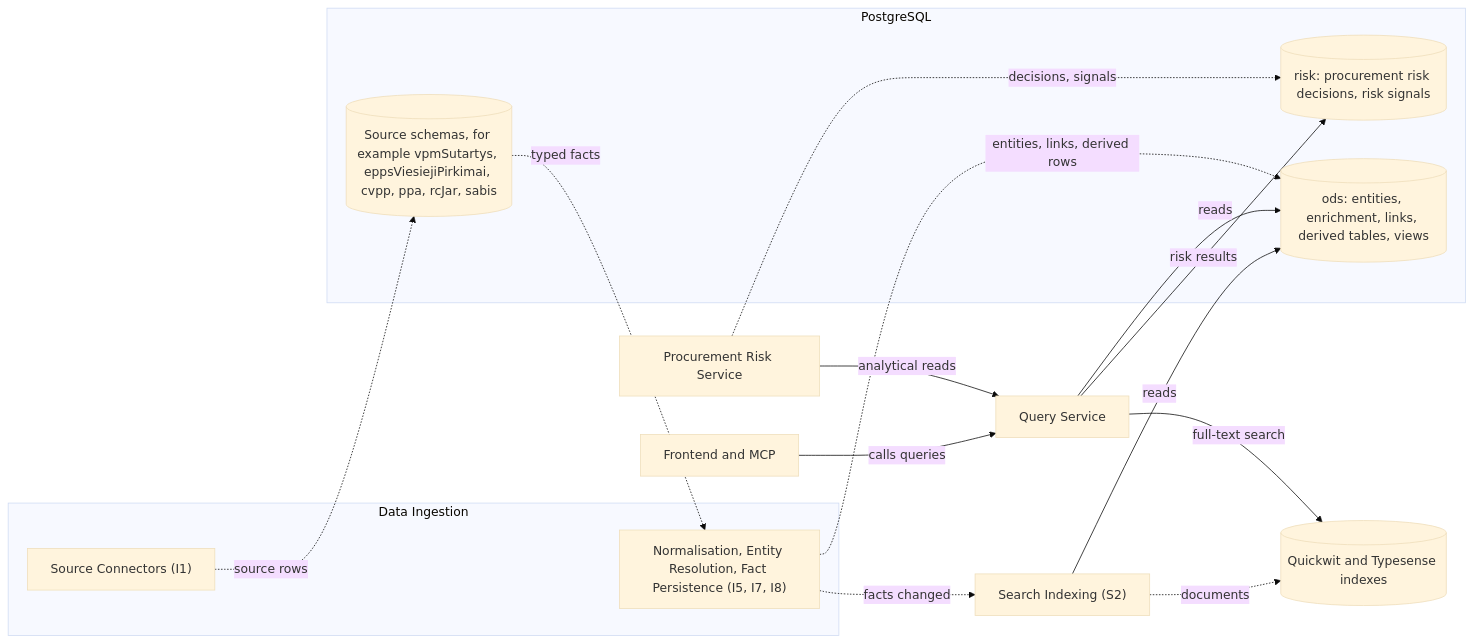
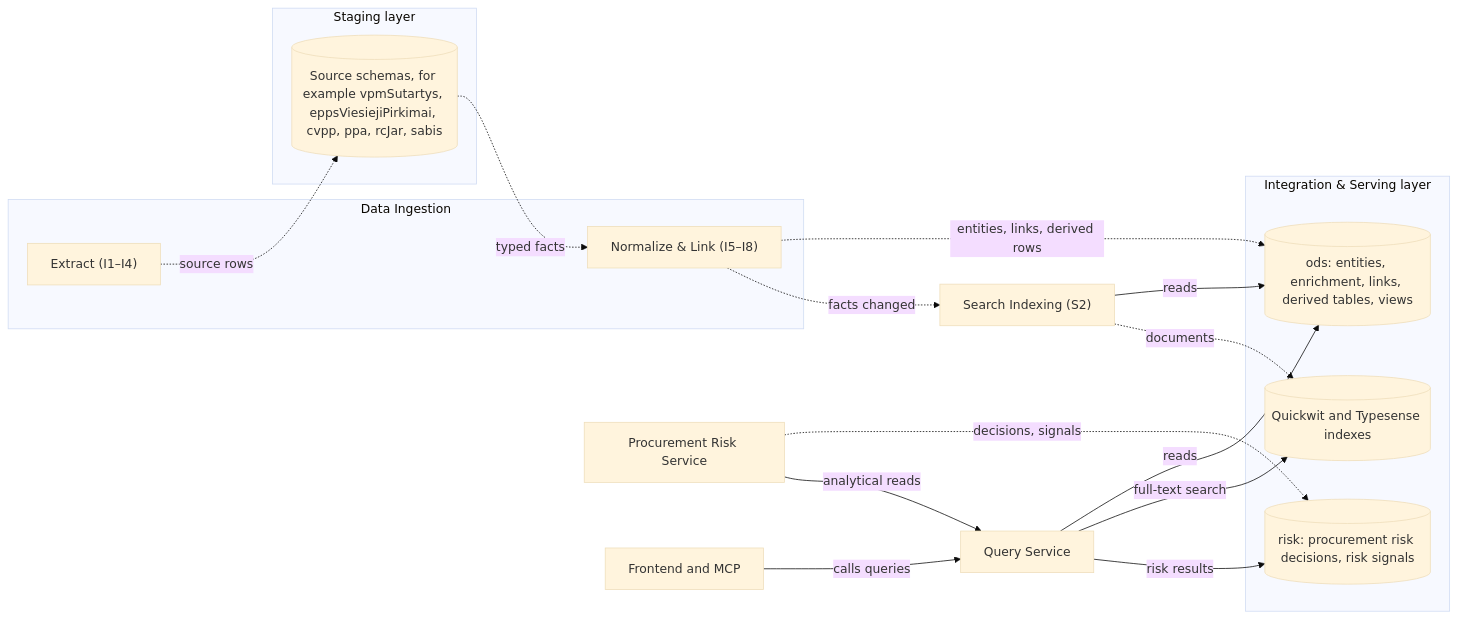
One commit to Viespirkiu-grupe/viespirkiai changed the tenth of 10 diagrams in docs/architecture/architecture-upgrade.md. Above: the diagram before and after it, drawn with Mermaid (base theme). The commit also changed other lines of this file, not shown here.

````diff
--- a/docs/architecture/architecture-upgrade.md
+++ b/docs/architecture/architecture-upgrade.md
@@ -1325,29 +1385,31 @@
 ```mermaid
 flowchart LR
     subgraph ingestion["Data Ingestion"]
-        Connectors["Source Connectors (I1)"]
-        Integration["Normalisation, Entity Resolution, Fact Persistence (I5, I7, I8)"]
+        Extract["Extract (I1–I4)"]
+        NormalizeLink["Normalize & Link (I5–I8)"]
     end
-    subgraph pg["PostgreSQL"]
+    subgraph staging["Staging layer"]
         Source[("Source schemas, for example vpmSutartys, eppsViesiejiPirkimai, cvpp, ppa, rcJar, sabis")]
+    end
+    subgraph serving["Integration & Serving layer"]
         Ods[("ods: entities, enrichment, links, derived tables, views")]
         Risk[("risk: procurement risk decisions, risk signals")]
+        Search[("Quickwit and Typesense indexes")]
     end
     Indexer["Search Indexing (S2)"]
-    Search[("Quickwit and Typesense indexes")]
     RiskService["Procurement Risk Service"]
     QueryService["Query Service"]
     Consumers["Frontend and MCP"]
-    Connectors -.->|source rows| Source
-    Source -.->|typed facts| Integration
-    Integration -.->|entities, links, derived rows| Ods
-    Integration -.->|facts changed| Indexer
+    Extract -.->|source rows| Source
+    Source -.->|typed facts| NormalizeLink
+    NormalizeLink -.->|entities, links, derived rows| Ods
+    NormalizeLink -.->|facts changed| Indexer
     Indexer -->|reads| Ods
     Indexer -.->|documents| Search
     RiskService -.->|decisions, signals| Risk
     RiskService -->|analytical reads| QueryService
     Consumers -->|calls queries| QueryService
     QueryService -->|reads| Ods
     QueryService -->|full-text search| Search
     QueryService -->|risk results| Risk
 ```
````
